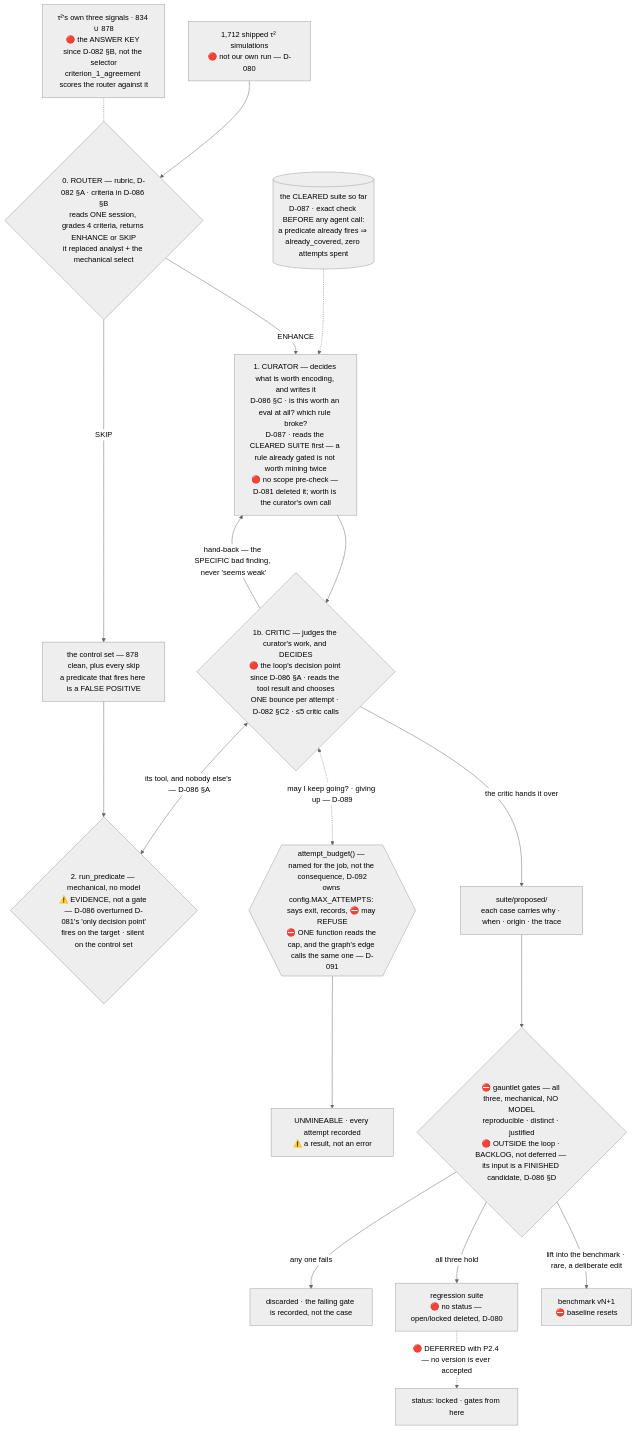
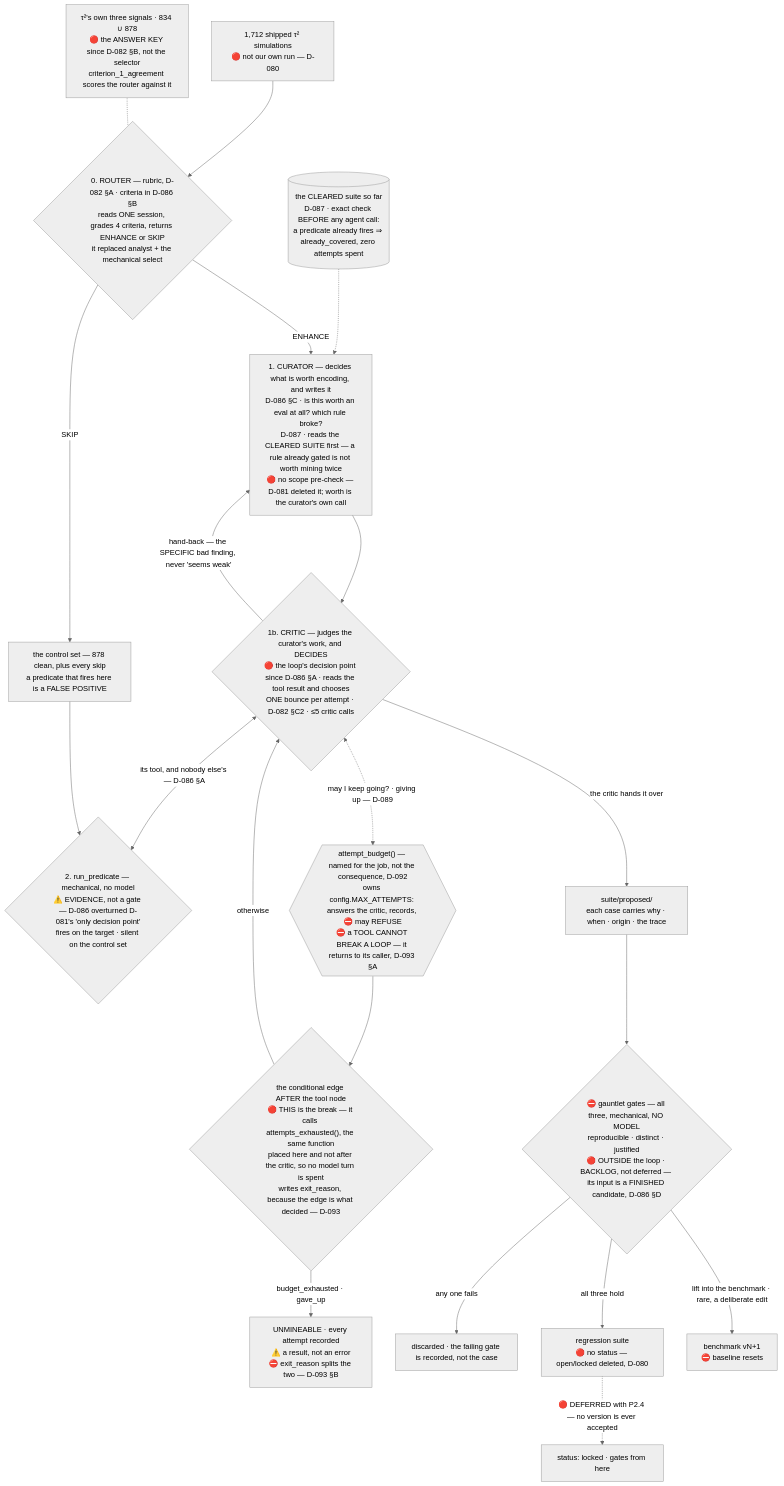
One commit to sandeepyadav1478/touchstone changed the diagram in docs/02-gates.md. Above: the diagram before and after it, drawn with Mermaid (neutral theme). The commit also changed 4 other files, not shown here.

````diff
--- a/docs/02-gates.md
+++ b/docs/02-gates.md
@@ -365,20 +365,22 @@
 ```mermaid
 flowchart TB
   SUITE0[("the CLEARED suite so far<br/>D-087 · exact check BEFORE any agent call:<br/>a predicate already fires ⇒ already_covered, zero attempts spent")] -.-> TRANS
   SCORE["1,712 shipped τ² simulations<br/>🔴 not our own run — D-080"] --> ROUTER{"0. ROUTER — rubric, D-082 §A · criteria in D-086 §B<br/>reads ONE session, grades 4 criteria, returns ENHANCE or SKIP<br/>it replaced analyst + the mechanical select"}
   ROUTER -->|SKIP| CLEAN["the control set — 878 clean, plus every skip<br/>a predicate that fires here is a FALSE POSITIVE"]
   KEY["τ²'s own three signals · 834 ∪ 878<br/>🔴 the ANSWER KEY since D-082 §B, not the selector<br/>criterion_1_agreement scores the router against it"] -.- ROUTER
   ROUTER -->|ENHANCE| TRANS["1. CURATOR — decides what is worth encoding, and writes it<br/>D-086 §C · is this worth an eval at all? which rule broke?<br/>D-087 · reads the CLEARED SUITE first — a rule already gated is not worth mining twice<br/>🔴 no scope pre-check — D-081 deleted it; worth is the curator's own call"]
   TRANS --> CRIT{"1b. CRITIC — judges the curator's work, and DECIDES<br/>🔴 the loop's decision point since D-086 §A · reads the tool result and chooses<br/>ONE bounce per attempt · D-082 §C2 · ≤5 critic calls"}
   CRIT <-->|"its tool, and nobody else's — D-086 §A"| TEST{"2. run_predicate — mechanical, no model<br/>⚠️ EVIDENCE, not a gate — D-086 overturned D-081's 'only decision point'<br/>fires on the target · silent on the control set"}
   CLEAN --> TEST
   CRIT -->|"hand-back — the SPECIFIC bad finding, never 'seems weak'"| TRANS
-  CRIT <-.->|"may I keep going? · giving up — D-089"| BUDGET{{"attempt_budget() — named for the job, not the consequence, D-092<br/>owns config.MAX_ATTEMPTS: says exit, records, ⛔ may REFUSE<br/>⛔ ONE function reads the cap, and the graph's edge calls the same one — D-091"}}
-  BUDGET --> UNM["UNMINEABLE · every attempt recorded<br/>⚠️ a result, not an error"]
+  CRIT <-.->|"may I keep going? · giving up — D-089"| BUDGET{{"attempt_budget() — named for the job, not the consequence, D-092<br/>owns config.MAX_ATTEMPTS: answers the critic, records, ⛔ may REFUSE<br/>⛔ a TOOL CANNOT BREAK A LOOP — it returns to its caller, D-093 §A"}}
+  BUDGET --> EDGE{"the conditional edge AFTER the tool node<br/>🔴 THIS is the break — it calls attempts_exhausted(), the same function<br/>placed here and not after the critic, so no model turn is spent<br/>writes exit_reason, because the edge is what decided — D-093"}
+  EDGE -->|"otherwise"| CRIT
+  EDGE -->|"budget_exhausted · gave_up"| UNM["UNMINEABLE · every attempt recorded<br/>⚠️ a result, not an error<br/>⛔ exit_reason splits the two — D-093 §B"]
   CRIT -->|"the critic hands it over"| PROP["suite/proposed/<br/>each case carries why · when · origin · the trace"]
   PROP --> GAUNTLET{"⛔ gauntlet gates — all three, mechanical, NO MODEL<br/>reproducible · distinct · justified<br/>🔴 OUTSIDE the loop · BACKLOG, not deferred — its input is a FINISHED candidate, D-086 §D"}
   GAUNTLET -->|any one fails| DROP["discarded · the failing gate is recorded, not the case"]
   GAUNTLET -->|all three hold| REG["regression suite<br/>🔴 no status — open/locked deleted, D-080"]
   REG -.->|"🔴 DEFERRED with P2.4 — no version is ever accepted"| LOCK["status: locked · gates from here"]
   GAUNTLET -->|"lift into the benchmark · rare, a deliberate edit"| BENCH["benchmark vN+1<br/>⛔ baseline resets"]
 ```
````
